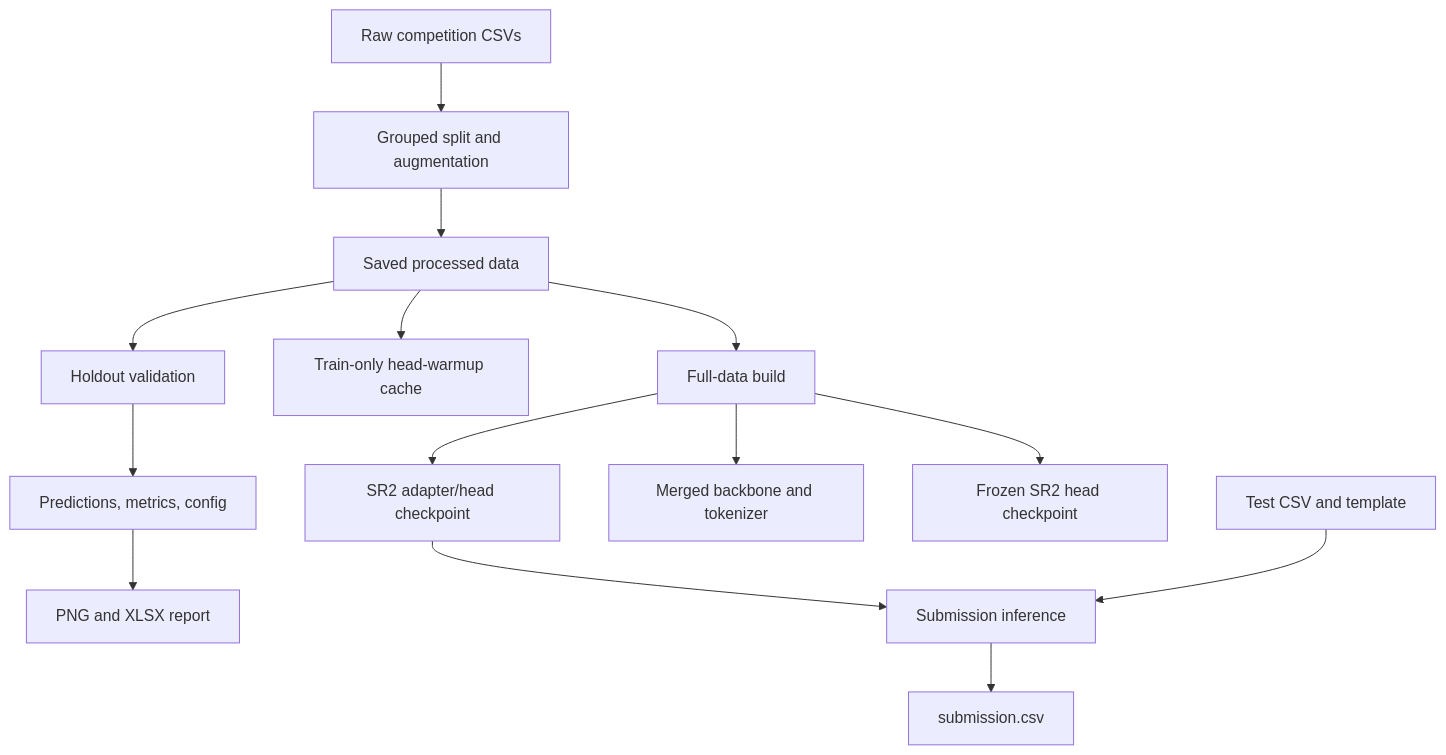
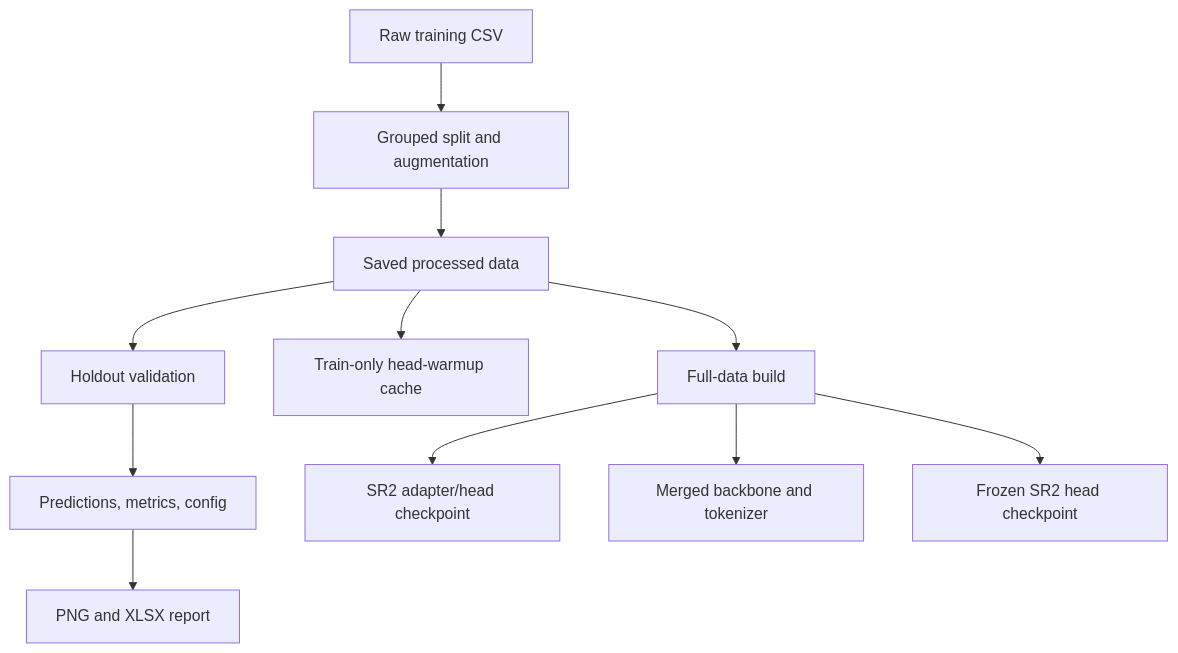
Before and after one commit to Esxyko/llm-classification-finetuning: the diagram in structure.md, drawn with Mermaid. The commit also changed other lines of this file and 48 other files, not shown here.

````diff
--- a/structure.md
+++ b/structure.md
@@ -26,16 +26,13 @@
 ```mermaid
 flowchart TD
-    Raw["Raw competition CSVs"] --> Prep["Grouped split and augmentation"]
+    Raw["Raw training CSV"] --> Prep["Grouped split and augmentation"]
     Prep --> Data["Saved processed data"]
     Data --> Validate["Holdout validation"]
     Data --> Warmup["Train-only head-warmup cache"]
     Data --> Build["Full-data build"]
     Validate --> Run["Predictions, metrics, config"]
     Run --> Report["PNG and XLSX report"]
     Build --> Checkpoint["SR2 adapter/head checkpoint"]
     Build --> Merged["Merged backbone and tokenizer"]
     Build --> Head["Frozen SR2 head checkpoint"]
-    Checkpoint --> Submit["Submission inference"]
-    Test["Test CSV and template"] --> Submit
-    Submit --> CSV["submission.csv"]
 ```
````
